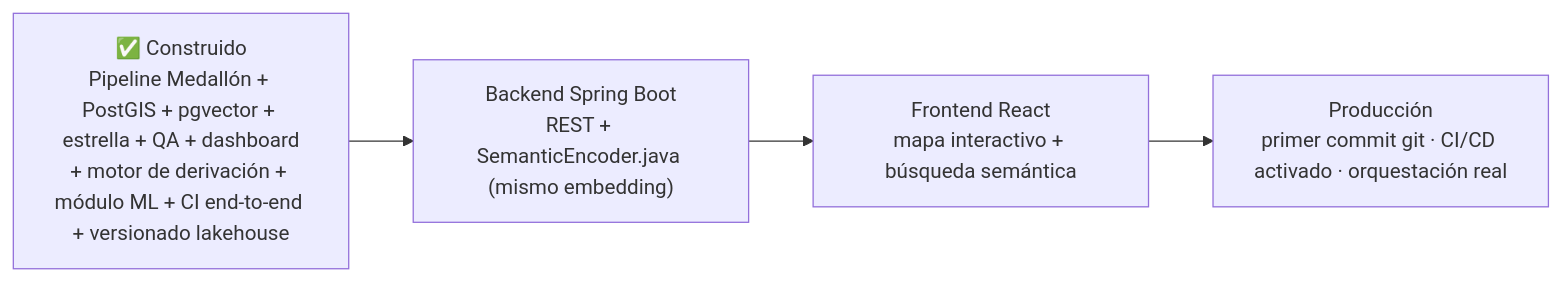
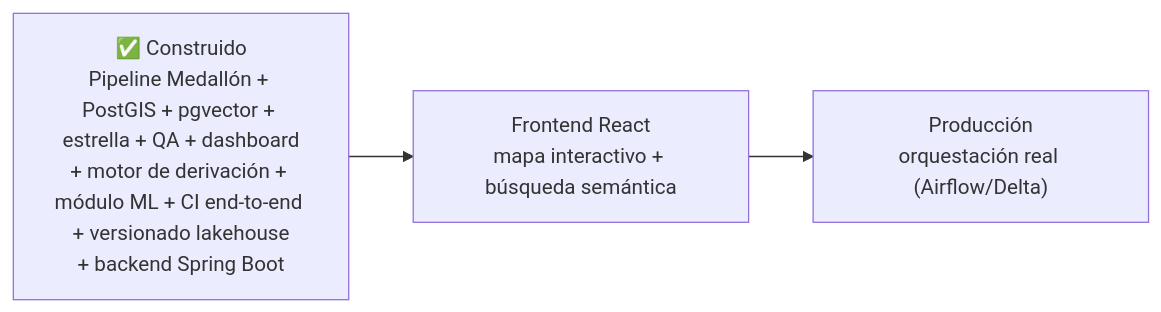
Diagram 15 of 22 in docs/SISTEMA.md (Lobitoxxx/SaludCerca), drawn with Mermaid before and after one commit. The commit also changed other lines of this file and 23 other files, not shown here.

First line of the commit message:
feat(backend): API REST Spring Boot sobre la capa Gold

````diff
--- a/docs/SISTEMA.md
+++ b/docs/SISTEMA.md
@@ -653,6 +654,5 @@
 ```mermaid
 flowchart LR
-    DONE["✅ Construido<br/>Pipeline Medallón + PostGIS + pgvector + estrella + QA + dashboard<br/>+ motor de derivación + módulo ML + CI end-to-end + versionado lakehouse"] --> P1["Backend Spring Boot<br/>REST + SemanticEncoder.java (mismo embedding)"]
-    P1 --> P2["Frontend React<br/>mapa interactivo + búsqueda semántica"]
-    P2 --> P3["Producción<br/>primer commit git · CI/CD activado · orquestación real"]
+    DONE["✅ Construido<br/>Pipeline Medallón + PostGIS + pgvector + estrella + QA + dashboard<br/>+ motor de derivación + módulo ML + CI end-to-end + versionado lakehouse<br/>+ backend Spring Boot"] --> P2["Frontend React<br/>mapa interactivo + búsqueda semántica"]
+    P2 --> P3["Producción<br/>orquestación real (Airflow/Delta)"]
 ```
````
